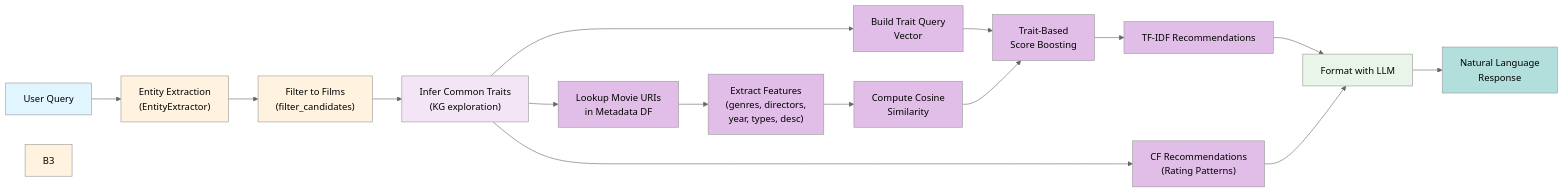
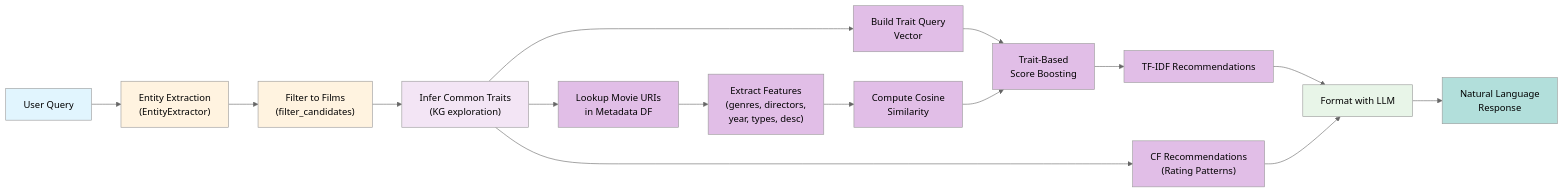
The seventh of 8 diagrams in README.md (schneialexan/atai-chatbot), drawn with Mermaid (neutral theme) before and after one commit.

Commit message:
graph update

````diff
--- a/README.md
+++ b/README.md
@@ -484,34 +484,33 @@
 ```mermaid
 flowchart LR
     A["User Query"] --> B1["Entity Extraction<br>(EntityExtractor)"]
     B1 --> B2["Filter to Films<br>(filter_candidates)"]
     B2 --> C["Infer Common Traits<br>(KG exploration)"]
     
     C --> D1["Lookup Movie URIs<br>in Metadata DF"]
     D1 --> D2["Extract Features<br>(genres, directors,<br>year, types, desc)"]
     D2 --> D3["Compute Cosine<br>Similarity"]
     C --> D4["Build Trait Query<br>Vector"]
     D4 --> D5["Trait-Based<br>Score Boosting"]
     D3 --> D5
     D5 --> D["TF-IDF Recommendations"]
     
     C --> E["CF Recommendations<br>(Rating Patterns)"]
     D --> F["Format with LLM"]
     E --> F
     F --> G["Natural Language<br>Response"]
     
     style A fill:#e1f5fe,color:#000000
     style B1 fill:#fff3e0,color:#000000
     style B2 fill:#fff3e0,color:#000000
-    style B3 fill:#fff3e0,color:#000000
     style C fill:#f3e5f5,color:#000000
     style D1 fill:#e1bee7,color:#000000
     style D2 fill:#e1bee7,color:#000000
     style D3 fill:#e1bee7,color:#000000
     style D4 fill:#e1bee7,color:#000000
     style D5 fill:#e1bee7,color:#000000
     style D fill:#e1bee7,color:#000000
     style E fill:#e1bee7,color:#000000
     style F fill:#e8f5e8,color:#000000
     style G fill:#b2dfdb,color:#000000
 ```
````
